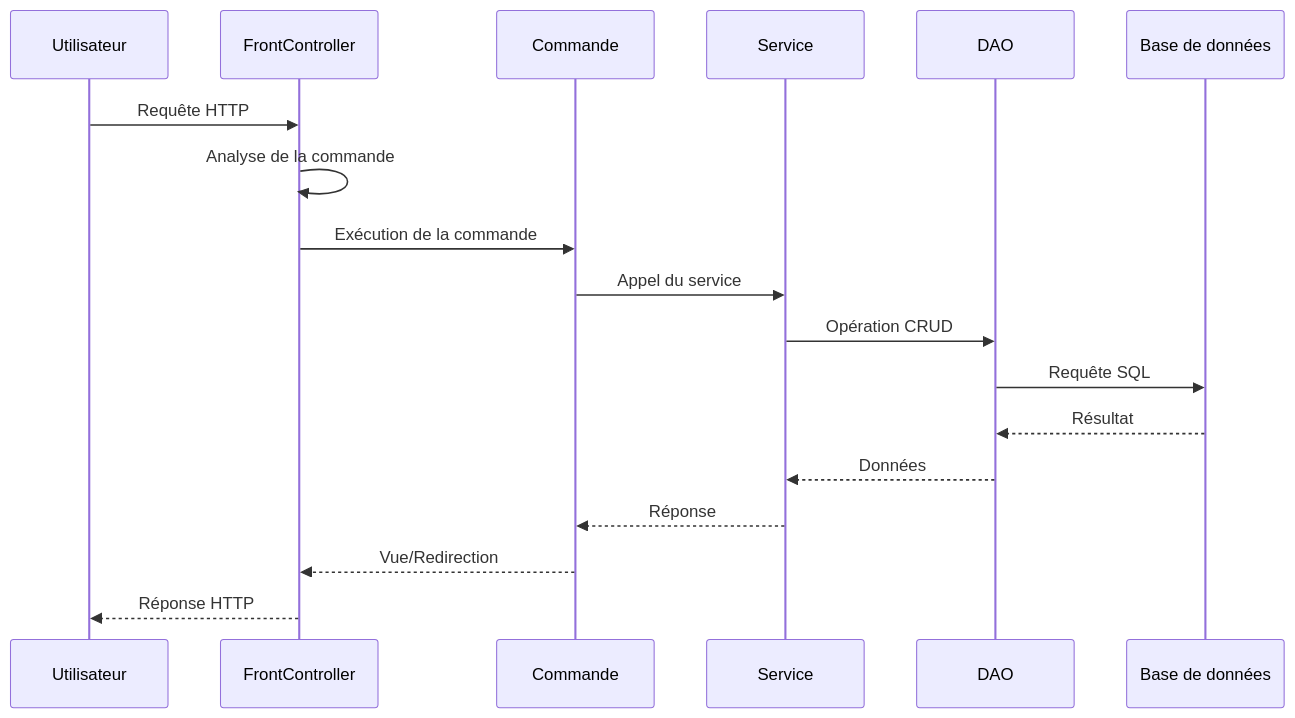
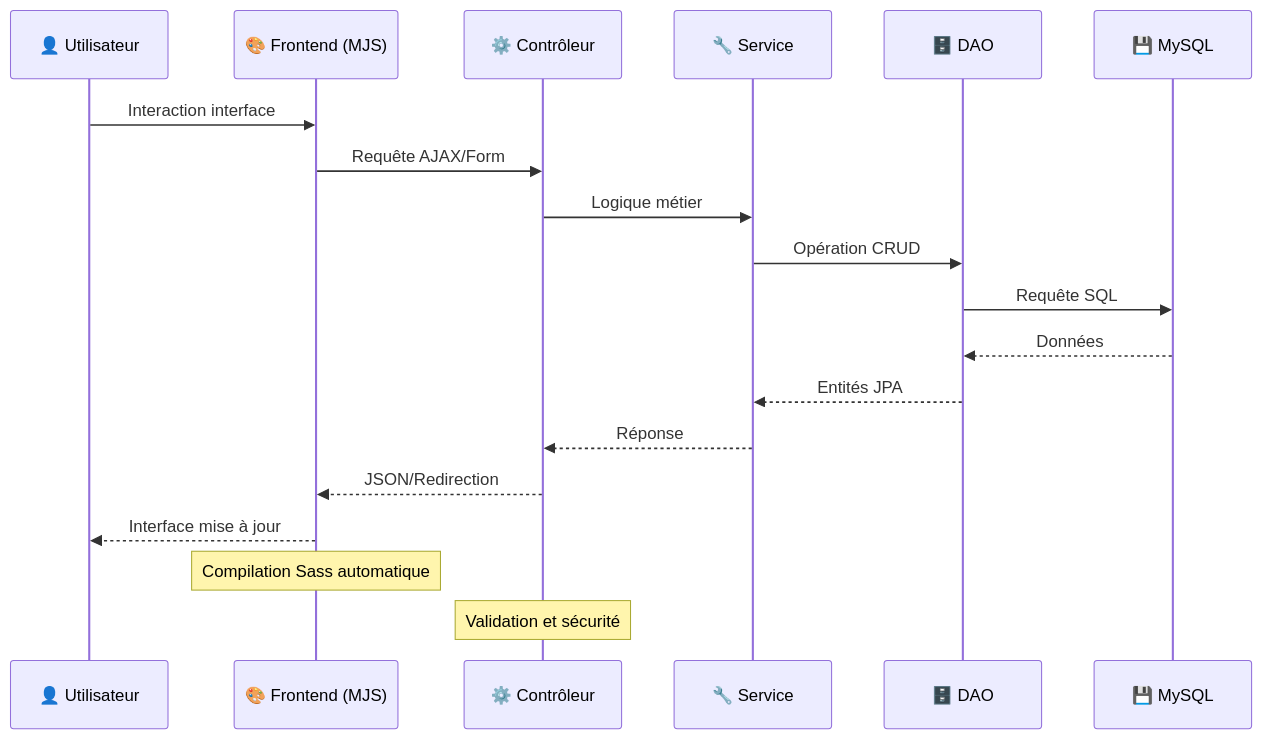
Before and after one commit to yglsan2/CliprocoFrontJava: the second of 4 diagrams in README.md, drawn with Mermaid. The commit also changed other lines of this file and 99 other files, not shown here.

````diff
--- a/README.md
+++ b/README.md
@@ -78,21 +95,23 @@
 ```mermaid
 sequenceDiagram
-    participant U as Utilisateur
-    participant FC as FrontController
-    participant C as Commande
-    participant S as Service
-    participant DAO as DAO
-    participant DB as Base de données
+    participant U as 👤 Utilisateur
+    participant F as 🎨 Frontend (MJS)
+    participant C as ⚙️ Contrôleur
+    participant S as 🔧 Service
+    participant D as 🗄️ DAO
+    participant DB as 💾 MySQL
     
-    U->>FC: Requête HTTP
-    FC->>FC: Analyse de la commande
-    FC->>C: Exécution de la commande
-    C->>S: Appel du service
-    S->>DAO: Opération CRUD
-    DAO->>DB: Requête SQL
-    DB-->>DAO: Résultat
-    DAO-->>S: Données
+    U->>F: Interaction interface
+    F->>C: Requête AJAX/Form
+    C->>S: Logique métier
+    S->>D: Opération CRUD
+    D->>DB: Requête SQL
+    DB-->>D: Données
+    D-->>S: Entités JPA
     S-->>C: Réponse
-    C-->>FC: Vue/Redirection
-    FC-->>U: Réponse HTTP
+    C-->>F: JSON/Redirection
+    F-->>U: Interface mise à jour
+    
+    Note over F: Compilation Sass automatique
+    Note over C: Validation et sécurité
 ```
````
